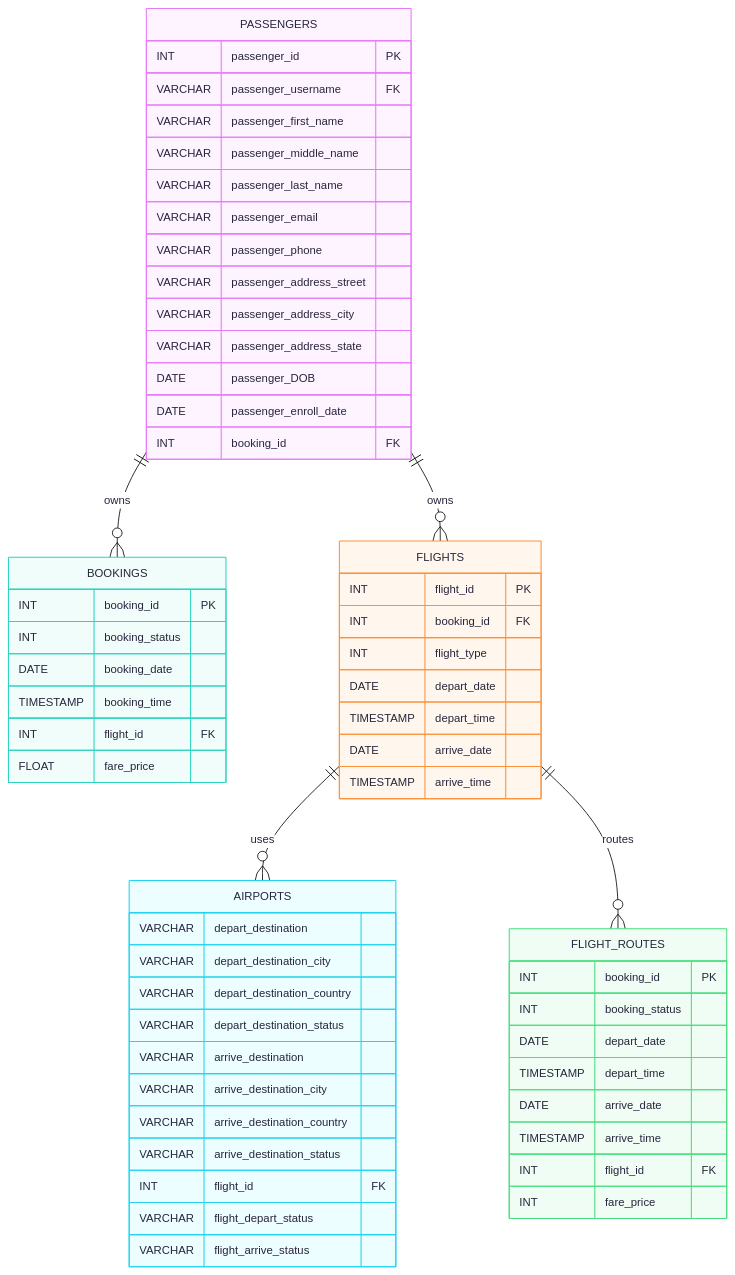
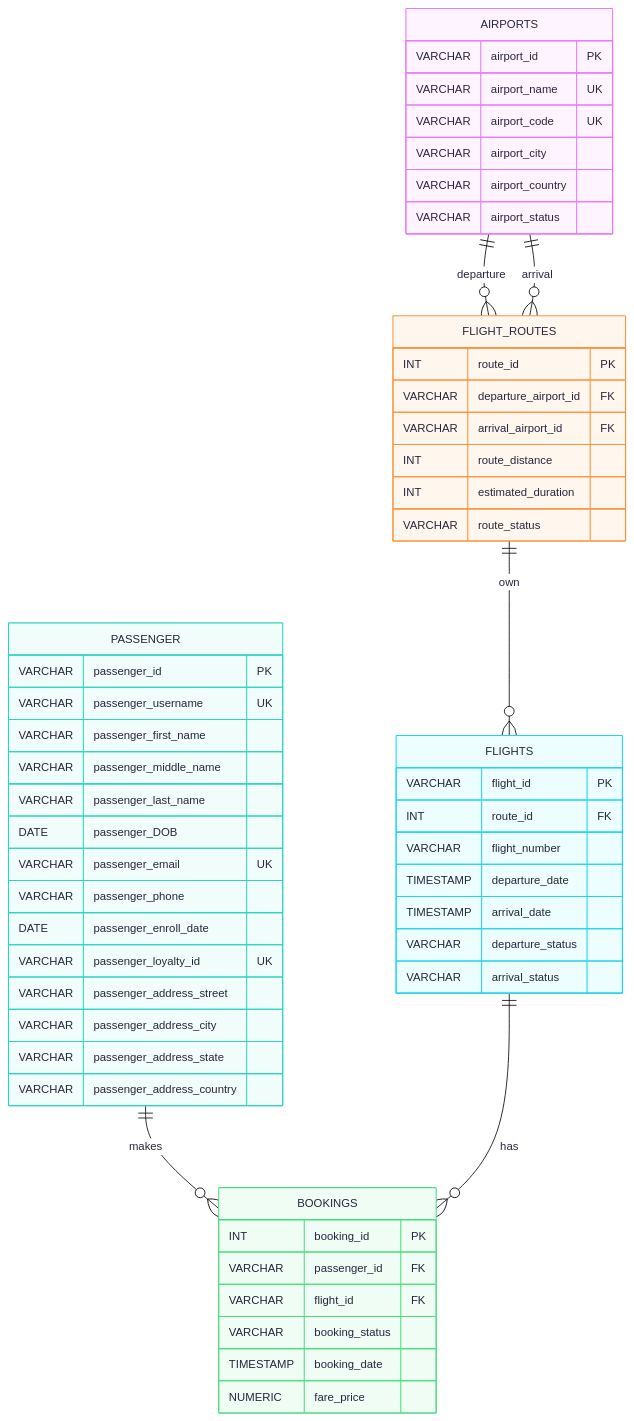
One commit to SerenaLim86/ex603-airline-booking-database changed the diagram in README.md. Above: the diagram before and after it, drawn with Mermaid. The commit also changed other lines of this file and 8 other files, not shown here.

````diff
--- a/README.md
+++ b/README.md
@@ -25,69 +38,64 @@
 ```mermaid
-%%{init: {'theme': 'redux-color'}}%%
+%%{init: {'theme': 'redux-color', 'look': 'classic'}}%%
 erDiagram
 
-    PASSENGERS {
-        INT passenger_id PK
-        VARCHAR passenger_username FK
+    AIRPORTS {
+        VARCHAR airport_id PK
+        VARCHAR airport_name UK
+        VARCHAR airport_code UK
+        VARCHAR airport_city
+        VARCHAR airport_country
+        VARCHAR airport_status
+    }
+
+    PASSENGER {
+        VARCHAR passenger_id PK
+        VARCHAR passenger_username UK
         VARCHAR passenger_first_name
         VARCHAR passenger_middle_name
         VARCHAR passenger_last_name
-        VARCHAR passenger_email
+        DATE passenger_DOB
+        VARCHAR passenger_email UK
         VARCHAR passenger_phone
+        DATE passenger_enroll_date
+        VARCHAR passenger_loyalty_id UK
         VARCHAR passenger_address_street
         VARCHAR passenger_address_city
         VARCHAR passenger_address_state
-        DATE passenger_DOB
-        DATE passenger_enroll_date
-        INT booking_id FK
+        VARCHAR passenger_address_country
+    }
+
+    FLIGHT_ROUTES {
+        INT route_id PK
+        VARCHAR departure_airport_id FK
+        VARCHAR arrival_airport_id FK
+        INT route_distance
+        INT estimated_duration
+        VARCHAR route_status
+    }
+
+    FLIGHTS {
+        VARCHAR flight_id PK
+        INT route_id FK
+        VARCHAR flight_number
+        TIMESTAMP departure_date
+        TIMESTAMP arrival_date
+        VARCHAR departure_status
+        VARCHAR arrival_status
     }
 
     BOOKINGS {
         INT booking_id PK
-        INT booking_status
-        DATE booking_date
-        TIMESTAMP booking_time
-        INT flight_id FK
-        FLOAT fare_price
+        VARCHAR passenger_id FK
+        VARCHAR flight_id FK
+        VARCHAR booking_status
+        TIMESTAMP booking_date
+        NUMERIC fare_price
     }
 
-    FLIGHTS {
-        INT flight_id PK
-        INT booking_id FK
-        INT flight_type
-        DATE depart_date
-        TIMESTAMP depart_time
-        DATE arrive_date
-        TIMESTAMP arrive_time
-    }
-
-    AIRPORTS {
-        VARCHAR depart_destination
-        VARCHAR depart_destination_city
-        VARCHAR depart_destination_country
-        VARCHAR depart_destination_status
-        VARCHAR arrive_destination
-        VARCHAR arrive_destination_city
-        VARCHAR arrive_destination_country
-        VARCHAR arrive_destination_status
-        INT flight_id FK
-        VARCHAR flight_depart_status
-        VARCHAR flight_arrive_status
-    }
-
-    FLIGHT_ROUTES {
-        INT booking_id PK
-        INT booking_status
-        DATE depart_date
-        TIMESTAMP depart_time
-        DATE arrive_date
-        TIMESTAMP arrive_time
-        INT flight_id FK
-        INT fare_price
-    }
-
-    PASSENGERS ||--o{ BOOKINGS : "owns"
-    PASSENGERS ||--o{ FLIGHTS : "owns"
-    FLIGHTS ||--o{ AIRPORTS : "uses"
-    FLIGHTS ||--o{ FLIGHT_ROUTES : "routes"
+    AIRPORTS ||--o{ FLIGHT_ROUTES : "departure"
+    AIRPORTS ||--o{ FLIGHT_ROUTES : "arrival"
+    FLIGHT_ROUTES ||--o{ FLIGHTS : "own"
+    PASSENGER ||--o{ BOOKINGS : "makes"
+    FLIGHTS ||--o{ BOOKINGS : "has"
 ```
````
